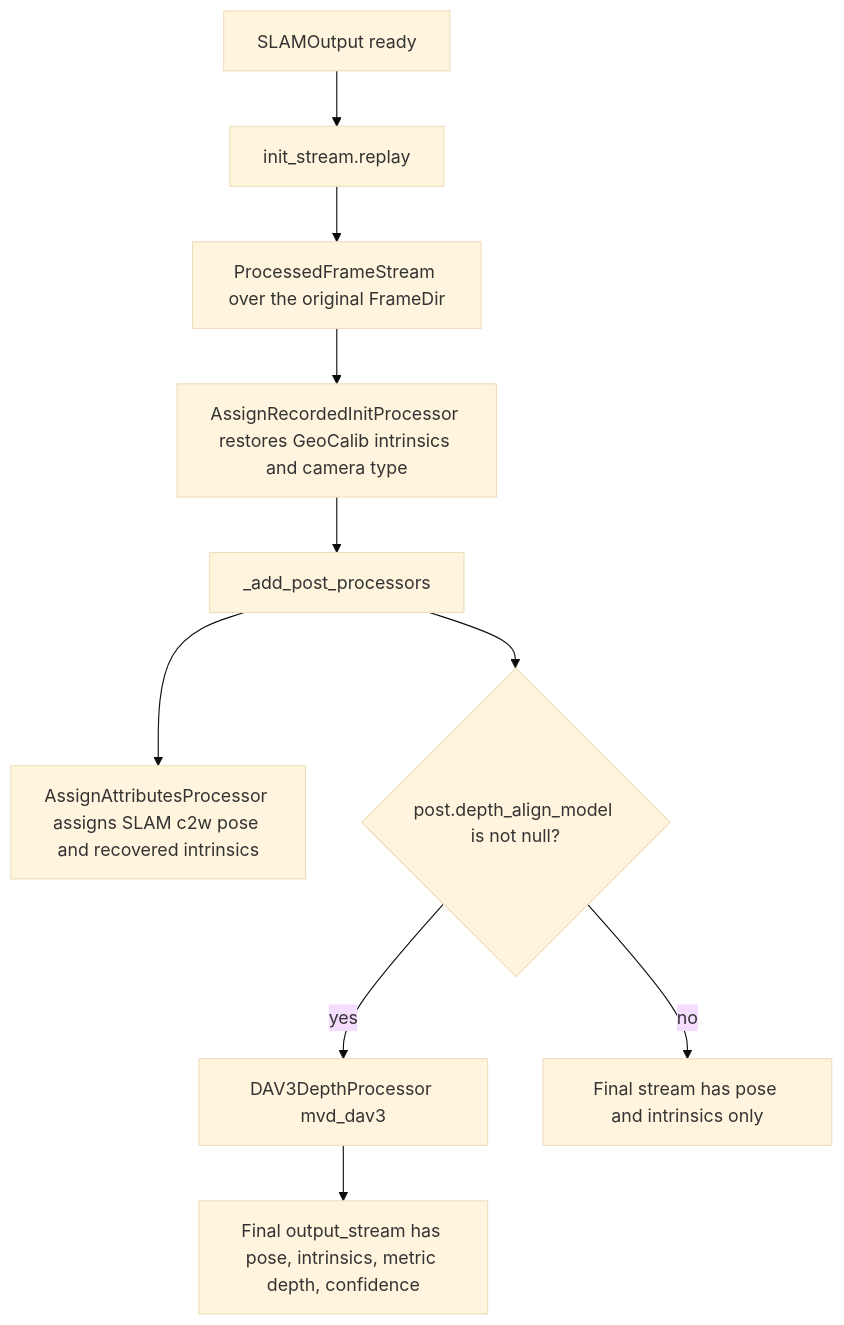
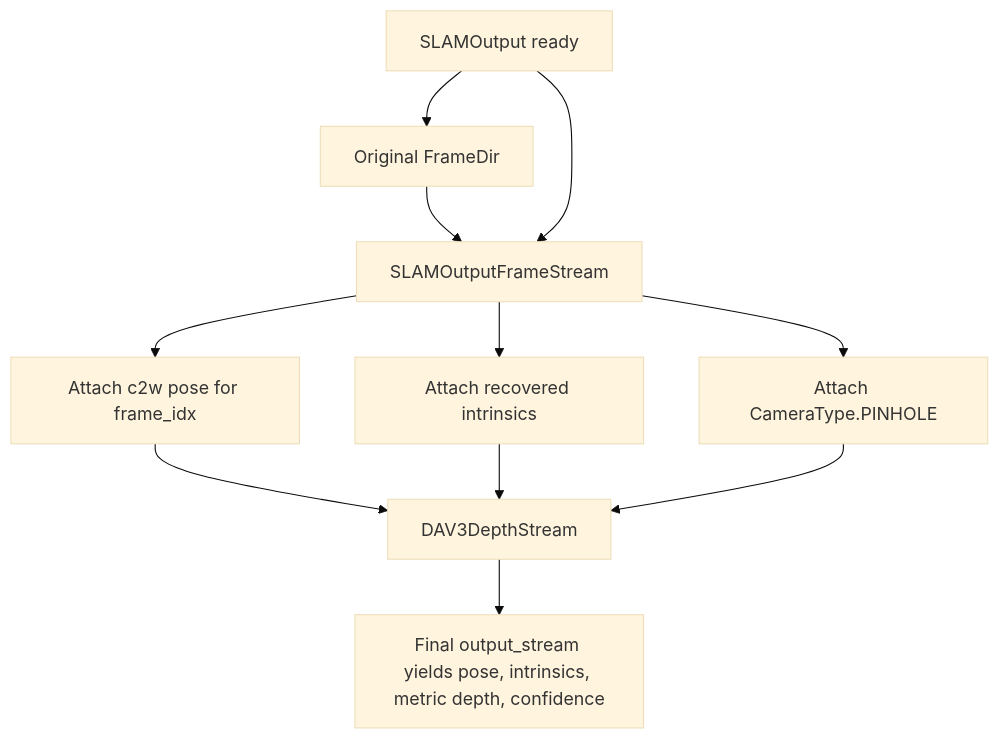
The tenth of 12 diagrams in fullexplain.md (sadanand1120/vipe), drawn with Mermaid (base theme) before and after one commit. The commit also changed other lines of this file and 44 other files, not shown here.

````diff
--- a/fullexplain.md
+++ b/fullexplain.md
@@ -1589,12 +1522,13 @@
 ```mermaid
 flowchart TD
-    A[SLAMOutput ready] --> B[init_stream.replay]
-    B --> C[ProcessedFrameStream over the original FrameDir]
-    C --> D[AssignRecordedInitProcessor restores GeoCalib intrinsics and camera type]
-    D --> E[_add_post_processors]
-    E --> F[AssignAttributesProcessor assigns SLAM c2w pose and recovered intrinsics]
-    E --> G{post.depth_align_model is not null?}
-    G -->|yes| H[DAV3DepthProcessor mvd_dav3]
-    G -->|no| I[Final stream has pose and intrinsics only]
-    H --> J[Final output_stream has pose, intrinsics, metric depth, confidence]
+    A[SLAMOutput ready] --> B[Original FrameDir]
+    B --> C[SLAMOutputFrameStream]
+    A --> C
+    C --> D[Attach c2w pose for frame_idx]
+    C --> E[Attach recovered intrinsics]
+    C --> F[Attach CameraType.PINHOLE]
+    D --> G[DAV3DepthStream]
+    E --> G
+    F --> G
+    G --> H[Final output_stream yields pose, intrinsics, metric depth, confidence]
 ```
````
